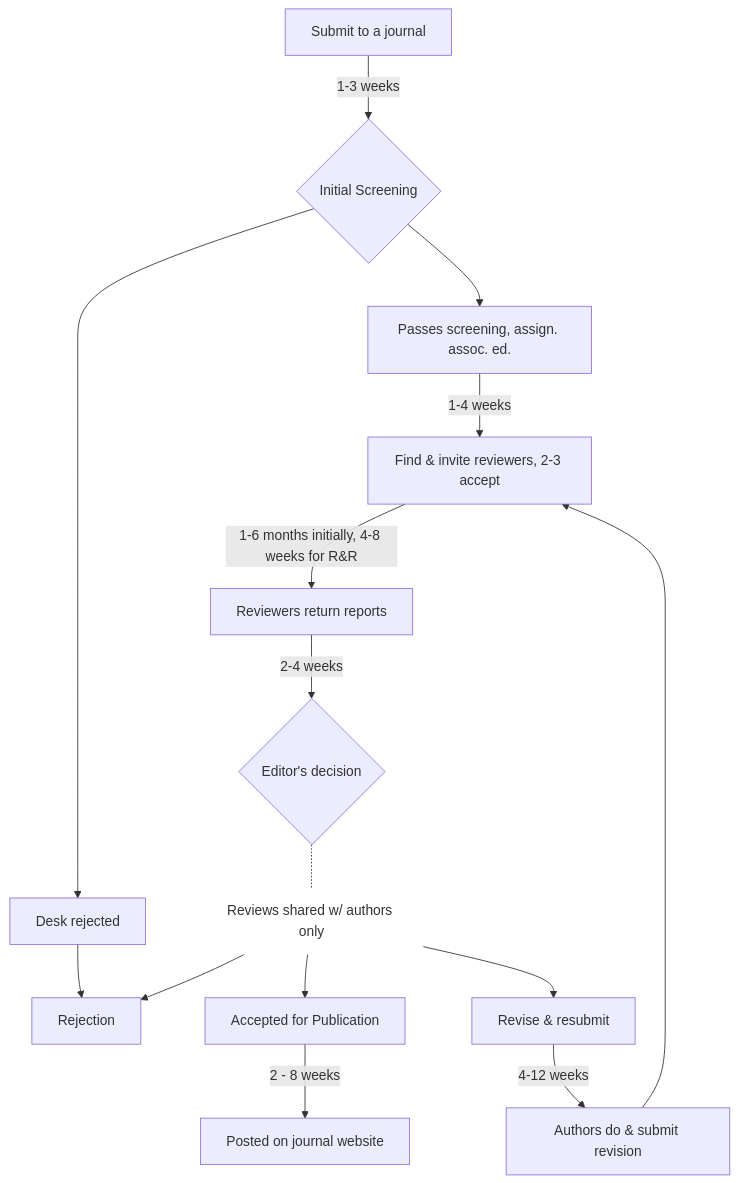
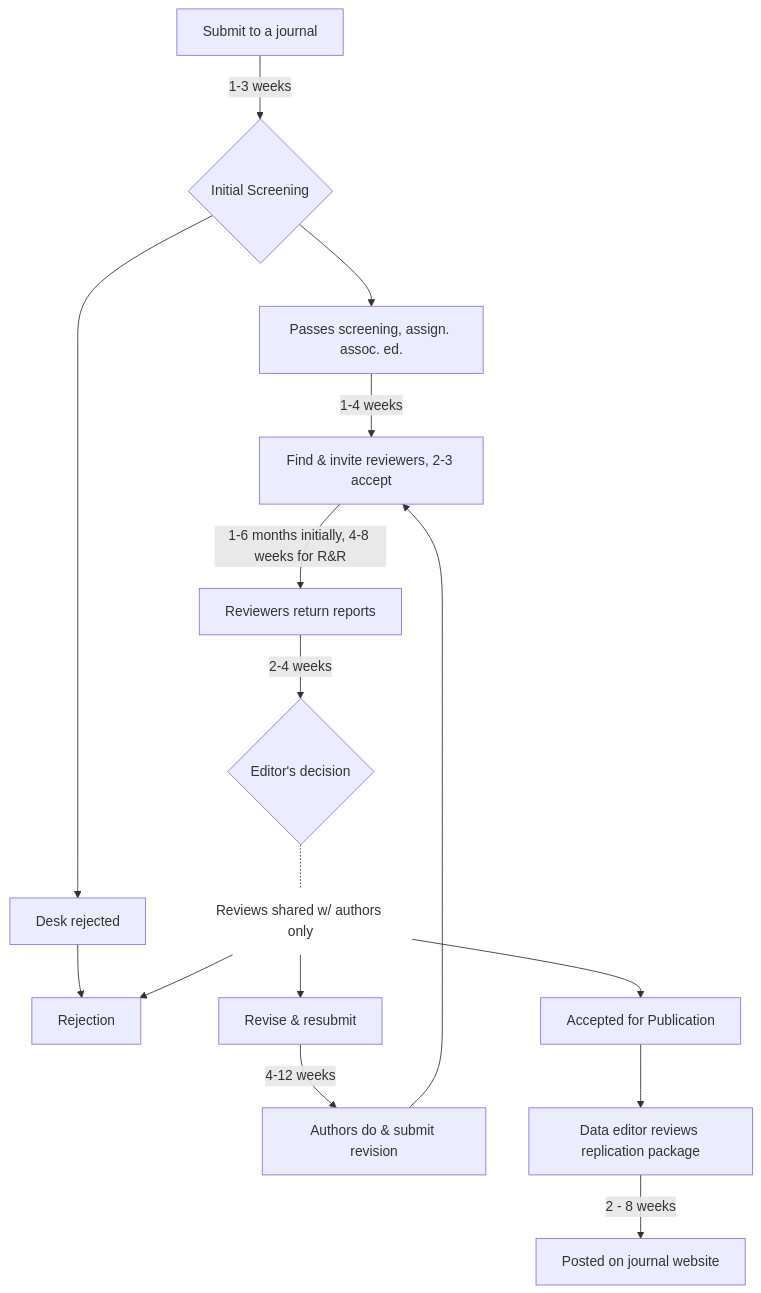
The diagram in benefits-and-features/costs-of-playing-the-publication-game.md (unjournal/unjournal_gitbook), drawn with Mermaid before and after one commit. The commit also changed other lines of this file, not shown here.

Commit message:
GITBOOK-509: No subject

````diff
--- a/benefits-and-features/costs-of-playing-the-publication-game.md
+++ b/benefits-and-features/costs-of-playing-the-publication-game.md
@@ -74,21 +74,25 @@
 ```mermaid
 graph TD
     Submit[Submit to a journal] --> |1-3 weeks| Screen{Initial Screening}
     Screen --> Desk[Desk rejected] --> Reject[Rejection]
     Screen --> Pass[Passes screening, assign. assoc. ed.] 
     Pass --> |1-4 weeks| FindR[Find & invite reviewers, 2-3 accept]
     FindR --> |1-6 months initially, 4-8 weeks for R&R| ReturnR[Reviewers return reports]
     ReturnR --> |2-4 weeks| EdD{Editor's decision}
     EdD -.- Shared[Reviews shared w/ authors only] 
     Shared --> Accepted[Accepted for Publication]
     Shared --> Reject[Rejection]
     Shared --> RandR[Revise & resubmit]
     RandR --> |4-12 weeks| AuthorRR[Authors do & submit revision]  
     AuthorRR -->  FindR
-    Accepted --> |2 - 8 weeks| Posted[Posted on journal website]
+
+    Accepted --> Rep[Data editor reviews replication package] 
+    Rep --> |2 - 8 weeks| Posted[Posted on journal website]
+
+
 
     style Shared fill:none,stroke:none
 
     
    
 ```
````
